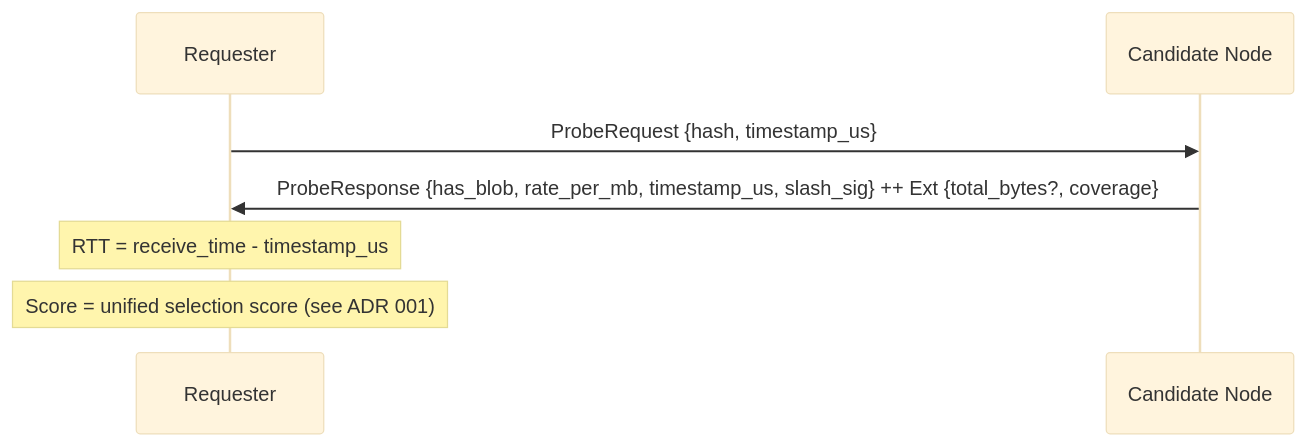
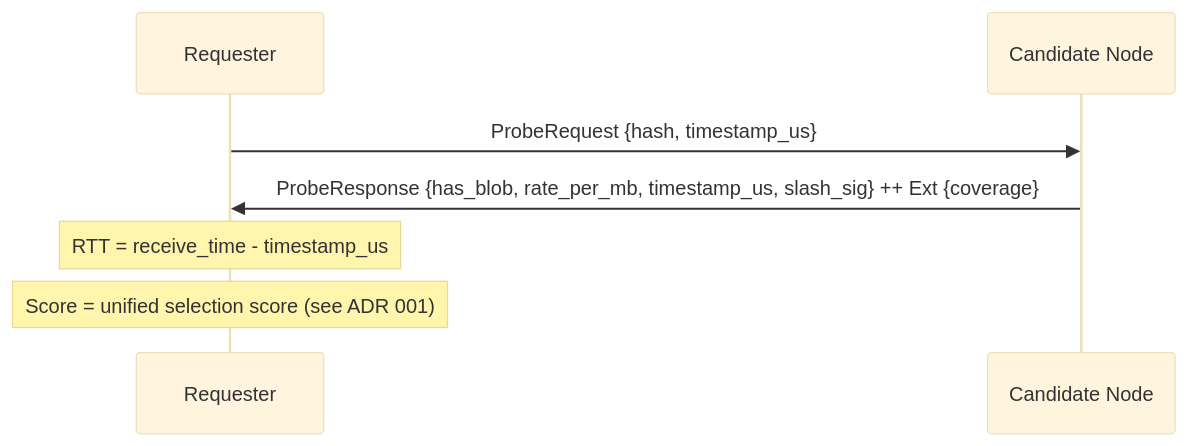
Before and after one commit to decdn/decdn: the first of 3 diagrams in adr/005-protocol.md, drawn with Mermaid (base theme). The commit also changed other lines of this file and 19 other files, not shown here.

First line of the commit message:
refactor(protocol,node)!: a probe carries no blob size

````diff
--- a/adr/005-protocol.md
+++ b/adr/005-protocol.md
@@ -32,11 +32,11 @@
 ```mermaid
 sequenceDiagram
     participant R as Requester
     participant C as Candidate Node
 
     R->>C: ProbeRequest {hash, timestamp_us}
-    C->>R: ProbeResponse {has_blob, rate_per_mb, timestamp_us, slash_sig} ++ Ext {total_bytes?, coverage}
+    C->>R: ProbeResponse {has_blob, rate_per_mb, timestamp_us, slash_sig} ++ Ext {coverage}
 
     Note over R: RTT = receive_time - timestamp_us
     Note over R: Score = unified selection score (see ADR 001)
 ```
````
